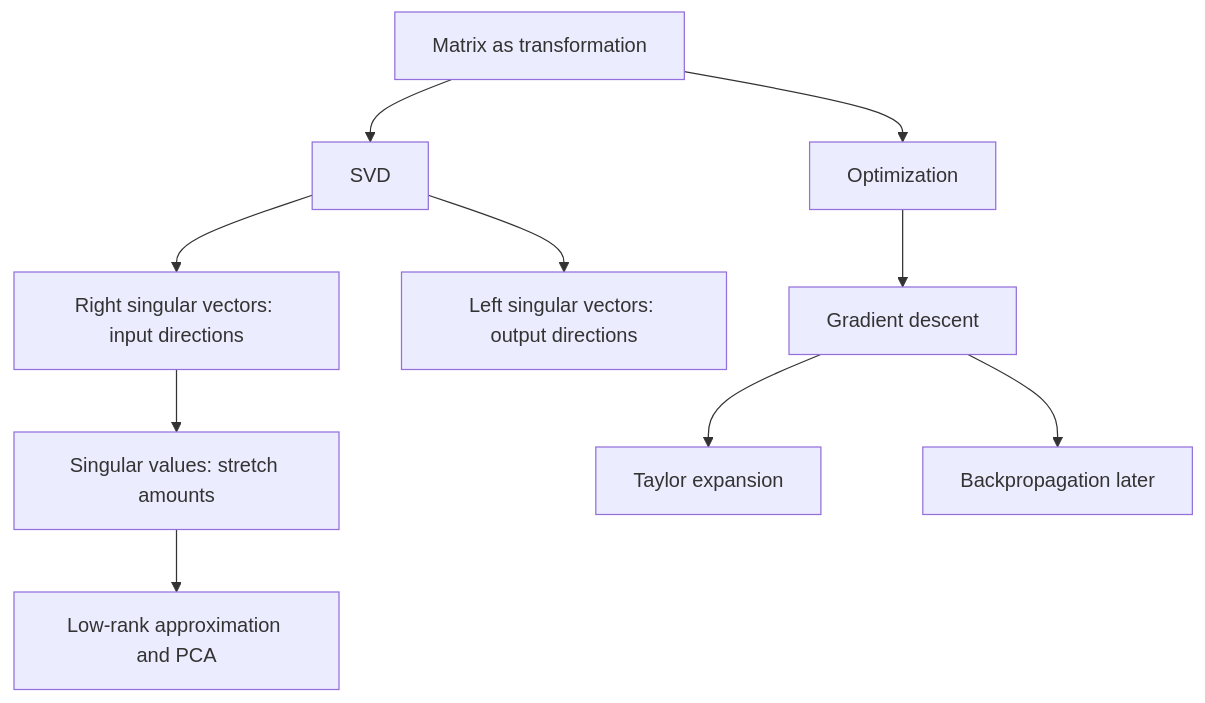
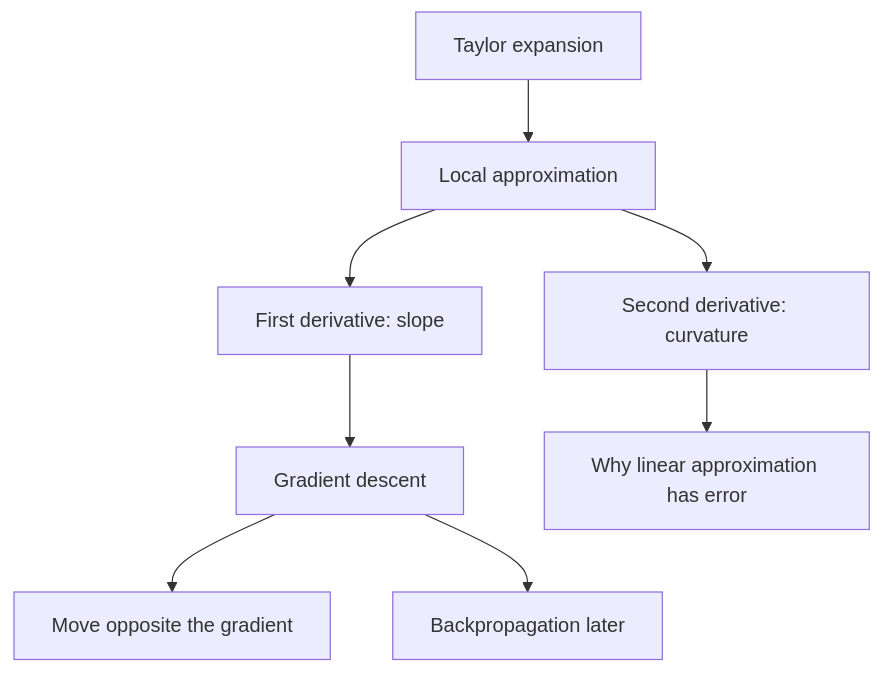
Before and after one commit to MediciHouse07/Learning_Records: the diagram in book-study/2026-07-04-linear-algebra-and-learning-from-data.md, drawn with Mermaid. The commit also changed other lines of this file, not shown here.

Commit message:
Emphasize Taylor expansion in study note

````diff
--- a/book-study/2026-07-04-linear-algebra-and-learning-from-data.md
+++ b/book-study/2026-07-04-linear-algebra-and-learning-from-data.md
@@ -20,12 +22,10 @@
 ```mermaid
 flowchart TD
-    A[Matrix as transformation] --> B[SVD]
-    B --> C[Right singular vectors: input directions]
-    B --> D[Left singular vectors: output directions]
-    C --> E[Singular values: stretch amounts]
-    E --> F[Low-rank approximation and PCA]
-    A --> G[Optimization]
-    G --> H[Gradient descent]
-    H --> I[Taylor expansion]
-    H --> J[Backpropagation later]
+    A[Taylor expansion] --> B[Local approximation]
+    B --> C[First derivative: slope]
+    B --> D[Second derivative: curvature]
+    C --> E[Gradient descent]
+    E --> F[Move opposite the gradient]
+    D --> G[Why linear approximation has error]
+    E --> H[Backpropagation later]
 ```
````
